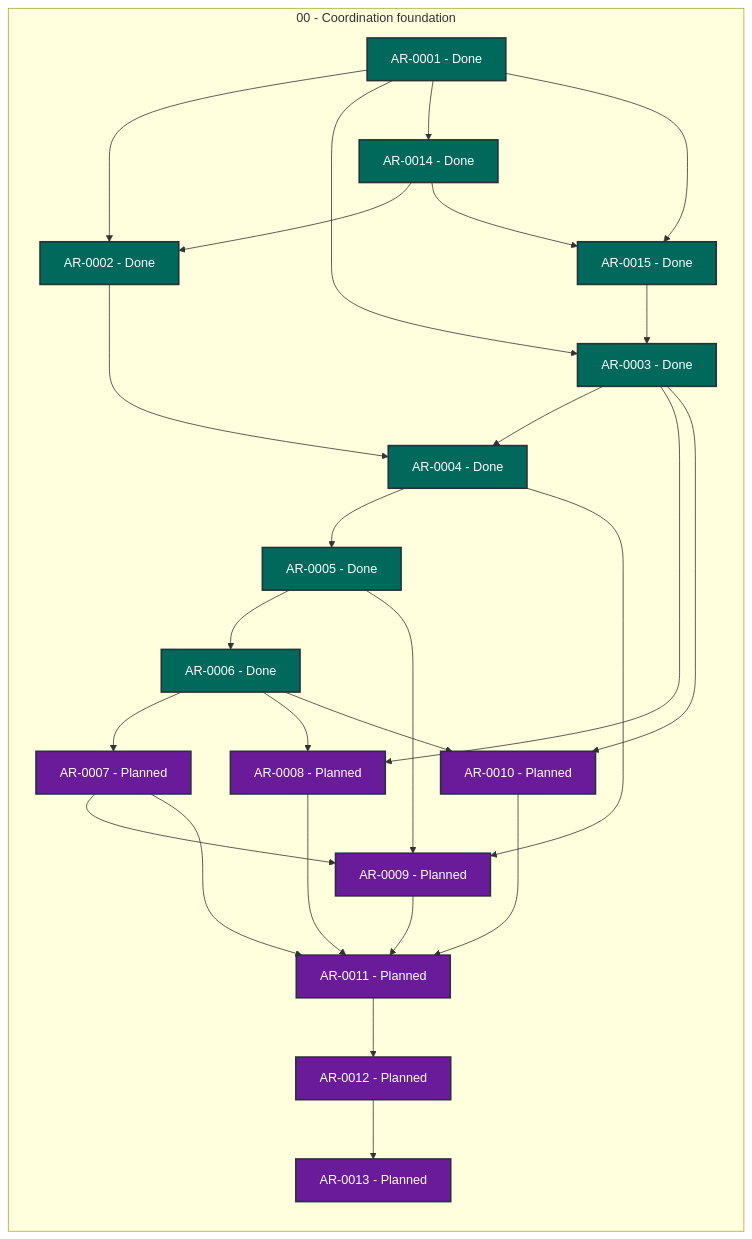
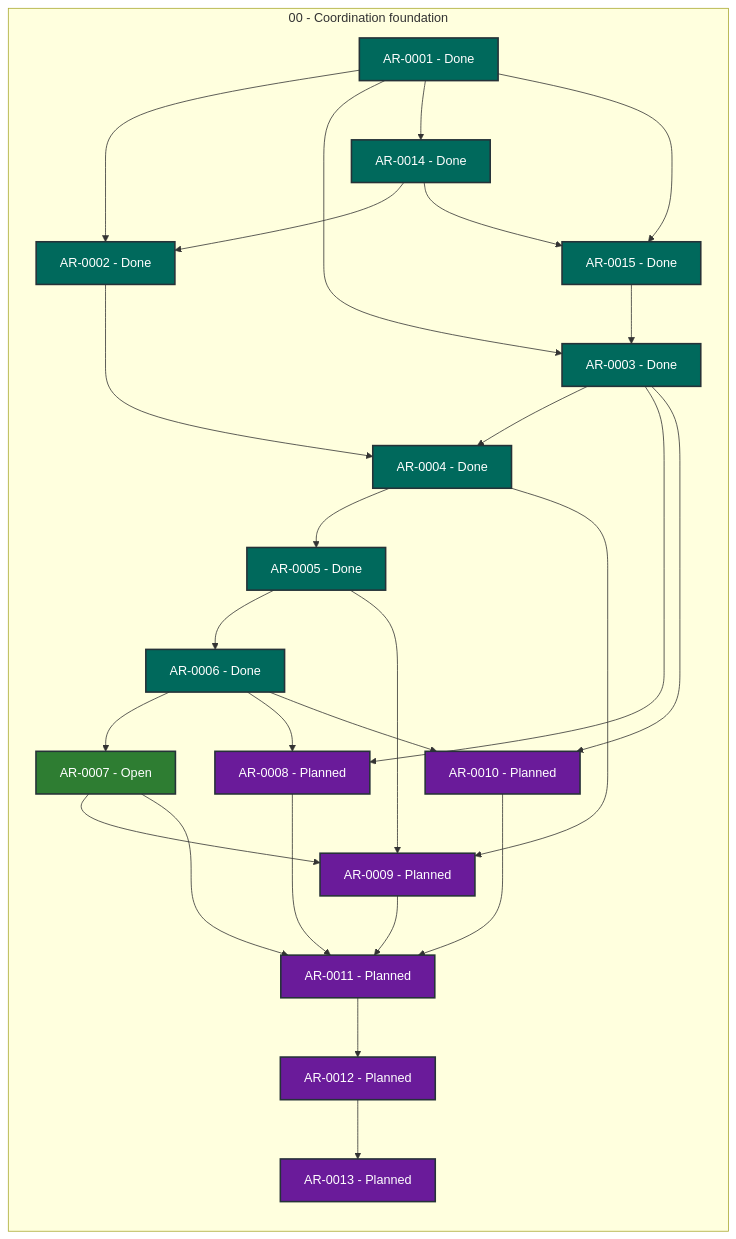
One commit to martin-beck/agent-workflow-tui-state changed the diagram in STATUS.md. Above: the diagram before and after it, drawn with Mermaid. The commit also changed other lines of this file and 2 other files, not shown here.

````diff
--- a/STATUS.md
+++ b/STATUS.md
@@ -27,54 +27,54 @@
 ```mermaid
 flowchart LR
     subgraph series_00["00 - Coordination foundation"]
         direction TB
         AR_0001["AR-0001 - Done"]:::status_done
         AR_0002["AR-0002 - Done"]:::status_done
         AR_0003["AR-0003 - Done"]:::status_done
         AR_0004["AR-0004 - Done"]:::status_done
         AR_0005["AR-0005 - Done"]:::status_done
         AR_0006["AR-0006 - Done"]:::status_done
-        AR_0007["AR-0007 - Planned"]:::status_planned
+        AR_0007["AR-0007 - Open"]:::status_open
         AR_0008["AR-0008 - Planned"]:::status_planned
         AR_0009["AR-0009 - Planned"]:::status_planned
         AR_0010["AR-0010 - Planned"]:::status_planned
         AR_0011["AR-0011 - Planned"]:::status_planned
         AR_0012["AR-0012 - Planned"]:::status_planned
         AR_0013["AR-0013 - Planned"]:::status_planned
         AR_0014["AR-0014 - Done"]:::status_done
         AR_0015["AR-0015 - Done"]:::status_done
     end
     AR_0001 --> AR_0002
     AR_0001 --> AR_0003
     AR_0001 --> AR_0014
     AR_0001 --> AR_0015
     AR_0002 --> AR_0004
     AR_0003 --> AR_0004
     AR_0003 --> AR_0008
     AR_0003 --> AR_0010
     AR_0004 --> AR_0005
     AR_0004 --> AR_0009
     AR_0005 --> AR_0006
     AR_0005 --> AR_0009
     AR_0006 --> AR_0007
     AR_0006 --> AR_0008
     AR_0006 --> AR_0010
     AR_0007 --> AR_0009
     AR_0007 --> AR_0011
     AR_0008 --> AR_0011
     AR_0009 --> AR_0011
     AR_0010 --> AR_0011
     AR_0011 --> AR_0012
     AR_0012 --> AR_0013
     AR_0014 --> AR_0002
     AR_0014 --> AR_0015
     AR_0015 --> AR_0003
     classDef status_in_progress fill:#1565c0,color:#ffffff,stroke:#263238,stroke-width:2px
     classDef status_open fill:#2e7d32,color:#ffffff,stroke:#263238,stroke-width:2px
     classDef status_blocked fill:#c62828,color:#ffffff,stroke:#263238,stroke-width:2px
     classDef status_planned fill:#6a1b9a,color:#ffffff,stroke:#263238,stroke-width:2px
     classDef status_future fill:#455a64,color:#ffffff,stroke:#263238,stroke-width:2px
     classDef status_done fill:#00695c,color:#ffffff,stroke:#263238,stroke-width:2px
     classDef status_cancelled fill:#616161,color:#ffffff,stroke:#263238,stroke-width:2px
     classDef status_superseded fill:#5d4037,color:#ffffff,stroke:#263238,stroke-width:2px
 ```
````
